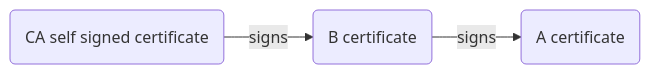
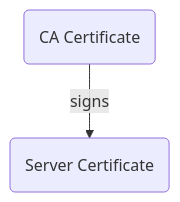
Before and after one commit to StephenSmithwick/StephenSmithwick.github.io: the second of 2 diagrams in _posts/2023-06-17-tls-certificates.md, drawn with Mermaid. The commit also changed other lines of this file and 6 other files, not shown here.

Commit message:
Publishing certificate blog and tweaking how we put mermaid

````diff
--- a/_posts/2023-06-17-tls-certificates.md
+++ b/_posts/2023-06-17-tls-certificates.md
@@ -16,9 +25,7 @@
 ```mermaid
-graph LR
-   B(B certificate) 
-   A(A certificate)
-   CA(CA self signed certificate)
+graph TD
+   Server(Server Certificate) 
+   CA(CA Certificate)
 
-   CA --signs--> B 
-   B --signs--> A
+   CA --signs--> Server
 ```
````
